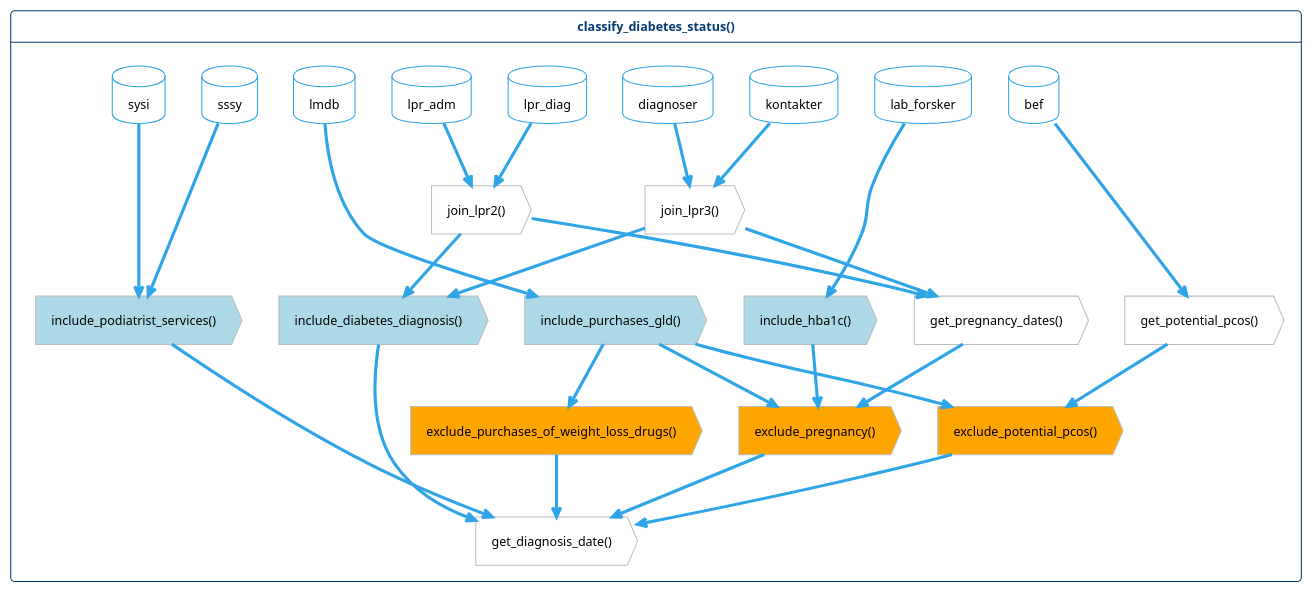
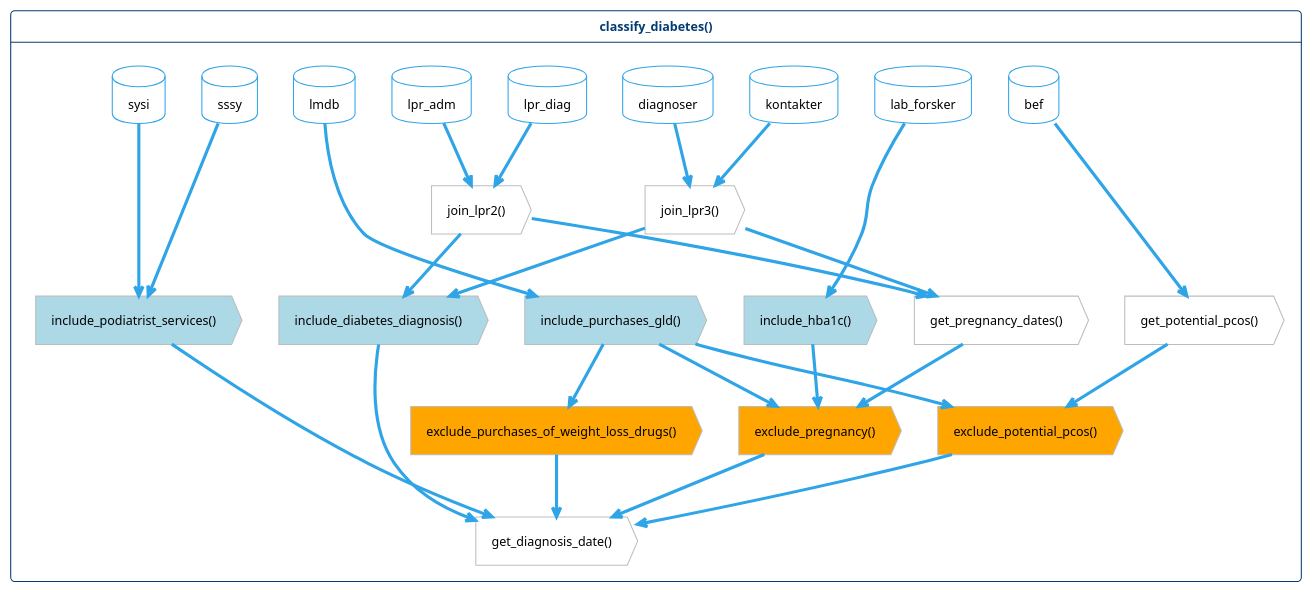
The diagram in vignettes/images/function-flow.puml (steno-aarhus/osdc), drawn with PlantUML before and after one commit. The commit also changed 1 other file, not shown here.

Commit message:
docs: :fire: remove `_status` from `classify_diabetes_status()`

```diff
--- a/vignettes/images/function-flow.puml
+++ b/vignettes/images/function-flow.puml
@@ -1,86 +1,86 @@
 @startuml function-flow
 !theme cerulean-outline
 <style>
 action {
     FontColor black
 }
 database {
     FontColor black
 }
 .inclusion {
     BackgroundColor lightblue
 }
 .exclusion {
     BackgroundColor orange
 }
 </style>
 
 hide <<inclusion>> stereotype
 hide <<exclusion>> stereotype
 
-card classify_diabetes_status() as cd {
+card classify_diabetes() as cd {
     together {
         database sssy
         database sysi
         database lpr_diag
         database lpr_adm
         database lmdb
         database lab_forsker
         database kontakter
         database diagnoser
         database bef
     }
 
     action "get_pregnancy_dates()" as pregnancy
     action "get_potential_pcos()" as pcos
     action "get_diagnosis_date()" as diagnosis_date
     action "join_lpr2()" as lpr2
     action "join_lpr3()" as lpr3
 
     together {
         action "exclude_pregnancy()" as ex_pregnancy <<exclusion>>
         action "exclude_purchases_of_weight_loss_drugs()" as ex_wld <<exclusion>>
         action "exclude_potential_pcos()" as ex_pcos <<exclusion>>
     }
 
     together {
         action "include_hba1c()" as in_hba1c <<inclusion>>
         action "include_diabetes_diagnosis()" as in_diagnosis <<inclusion>>
         action "include_podiatrist_services()" as in_podiatrist <<inclusion>>
         action "include_purchases_gld()" as in_gld <<inclusion>>
     }
 
     lpr_diag --> lpr2
     lpr_adm --> lpr2
     kontakter --> lpr3
     diagnoser --> lpr3
 
     lab_forsker --> in_hba1c
     in_hba1c --> ex_pregnancy
 
     lpr2 --> pregnancy
     lpr3 --> pregnancy
     pregnancy -> ex_pregnancy
 
     lpr2 --> in_diagnosis
     lpr3 --> in_diagnosis
 
     sssy --> in_podiatrist
     sysi --> in_podiatrist
     
     lmdb --> in_gld
     in_gld --> ex_pregnancy
     in_gld --> ex_wld
 
     bef --> pcos
     in_gld --> ex_pcos
     pcos --> ex_pcos
 
     ex_wld --> diagnosis_date
     ex_pregnancy --> diagnosis_date
     ex_pcos --> diagnosis_date
     in_podiatrist --> diagnosis_date
     in_diagnosis --> diagnosis_date
 
 }
 @enduml
```
